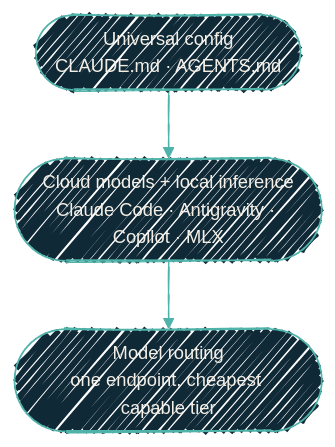
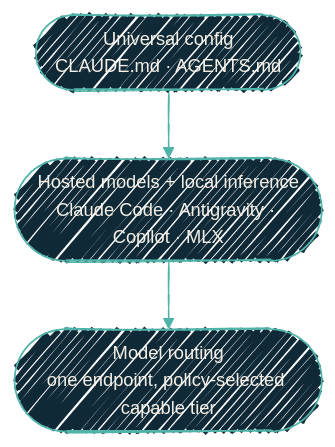
Before and after one commit to dryvist/docs: the diagram in ai-development/overview.mdx, drawn with Mermaid. The commit also changed other lines of this file and 3 other files, not shown here.

````diff
--- a/ai-development/overview.mdx
+++ b/ai-development/overview.mdx
@@ -15,9 +15,9 @@
 ```mermaid
 %%{init:
   {'theme':'base','look':'handDrawn','themeVariables':{'fontFamily':'Geist','fontSize':'14px','primaryColor':'#102937','primaryTextColor':'#F4EFE6','primaryBorderColor':'#4FB3A9','lineColor':'#4FB3A9'}}}%%
   flowchart TB
   CFG([Universal config<br/>CLAUDE.md · AGENTS.md])
-  TOOLS([Cloud models + local inference<br/>Claude Code · Antigravity · Copilot · MLX])
-  ROUTE([Model routing<br/>one endpoint, cheapest capable tier])
+  TOOLS([Hosted models + local inference<br/>Claude Code · Antigravity · Copilot · MLX])
+  ROUTE([Model routing<br/>one endpoint, policy-selected capable tier])
   CFG --> TOOLS --> ROUTE
 ```
````
